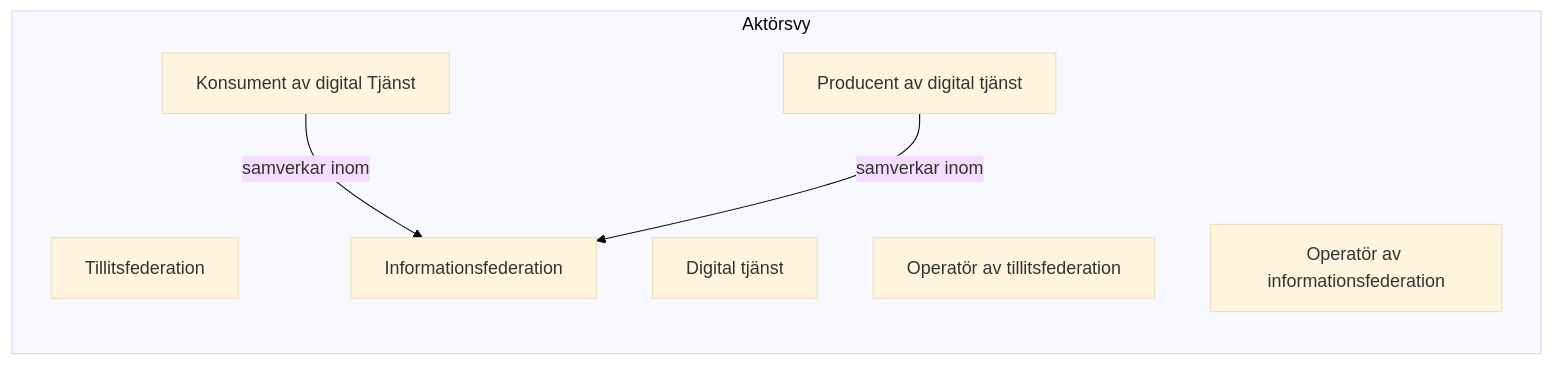
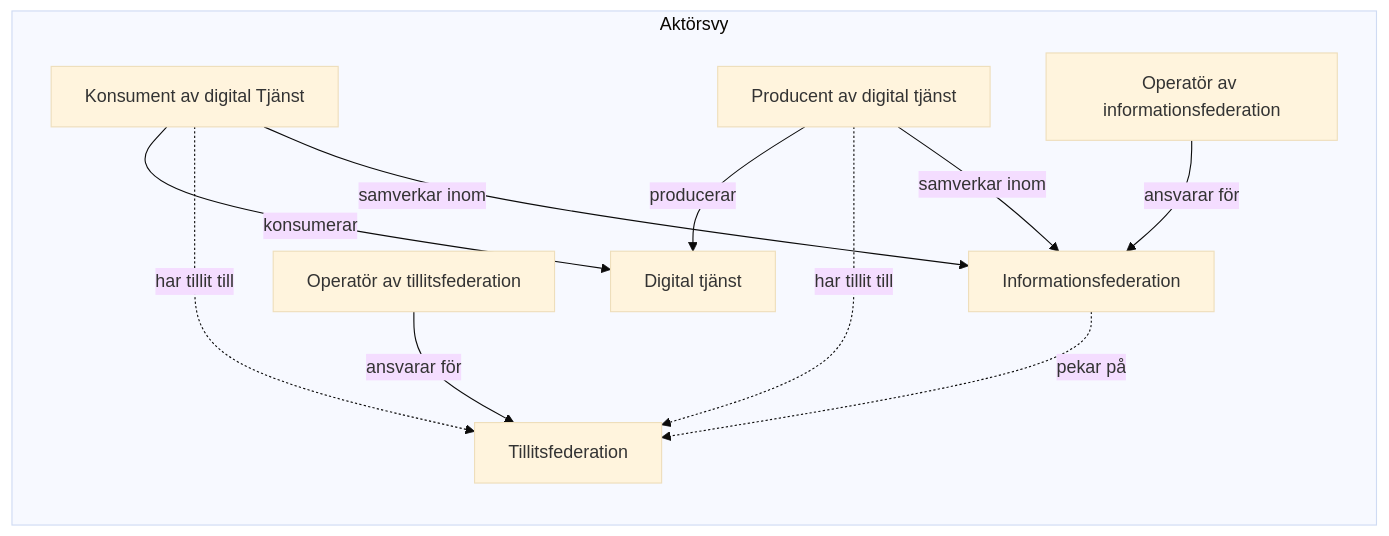
The diagram in org_view.mmd (anders-malmros-inera/t2mmd), drawn with Mermaid (base theme) before and after one commit.

```diff
--- a/org_view.mmd
+++ b/org_view.mmd
@@ -1,11 +1,17 @@
 flowchart LR
 subgraph coop[Aktörsvy]
     tfed[Tillitsfederation]
     ifed[Informationsfederation]
     t[Digital tjänst]
     k[Konsument av digital Tjänst]
     p[Producent av digital tjänst]
     tfedo[Operatör av tillitsfederation]
     ifedo[Operatör av informationsfederation]
 end
-k & p -- samverkar inom -->ifed
+k & p -- samverkar inom --> ifed
+ifedo -- ansvarar för --> ifed
+tfedo -- ansvarar för --> tfed
+ifed -. pekar på .-> tfed
+p & k -. har tillit till .-> tfed
+p -- producerar --> t
+k -- konsumerar --> t
```
